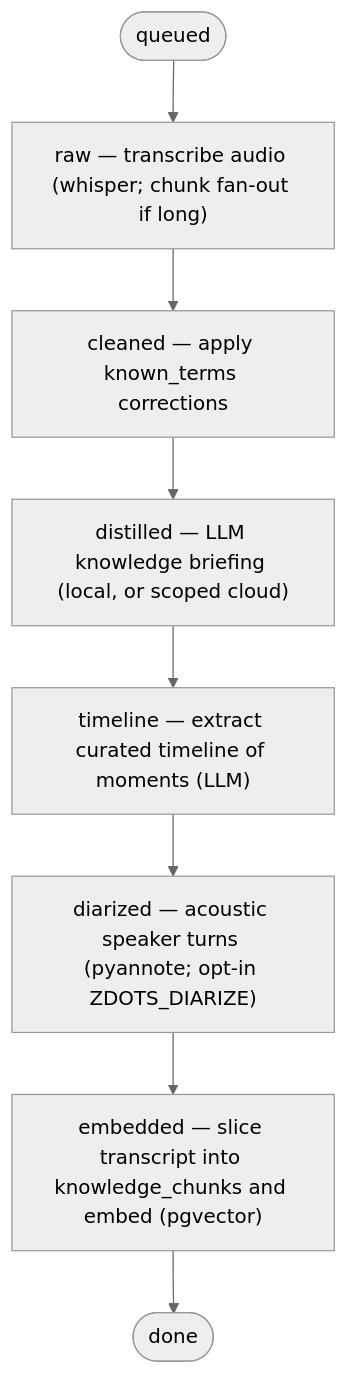
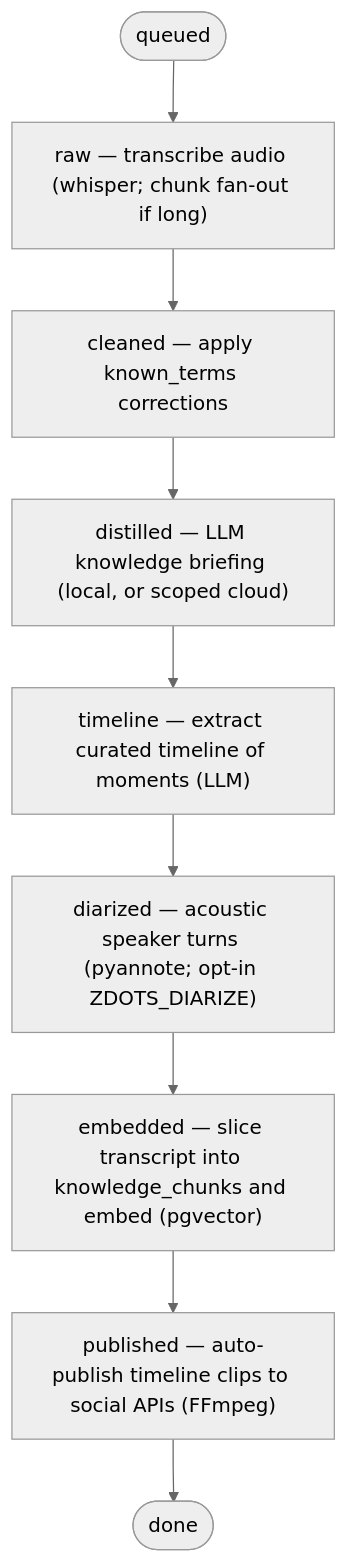
One commit to just3ws/zdots changed the diagram in docs/generated/ingest-pipeline.mmd. Above: the diagram before and after it, drawn with Mermaid (neutral theme). The commit also changed 4 other files, not shown here.

```diff
--- a/docs/generated/ingest-pipeline.mmd
+++ b/docs/generated/ingest-pipeline.mmd
@@ -1,14 +1,16 @@
 flowchart TD
   queued([queued]) --> raw
   raw["raw — transcribe audio (whisper; chunk fan-out if long)"]
   raw --> cleaned
   cleaned["cleaned — apply known_terms corrections"]
   cleaned --> distilled
   distilled["distilled — LLM knowledge briefing (local, or scoped cloud)"]
   distilled --> timeline
   timeline["timeline — extract curated timeline of moments (LLM)"]
   timeline --> diarized
   diarized["diarized — acoustic speaker turns (pyannote; opt-in ZDOTS_DIARIZE)"]
   diarized --> embedded
   embedded["embedded — slice transcript into knowledge_chunks and embed (pgvector)"]
-  embedded --> done([done])
+  embedded --> published
+  published["published — auto-publish timeline clips to social APIs (FFmpeg)"]
+  published --> done([done])
```
